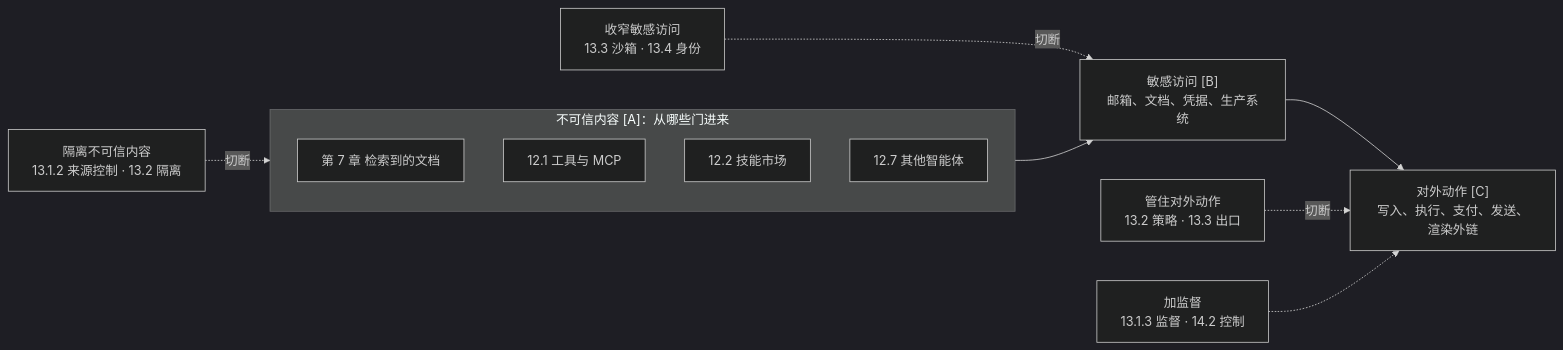
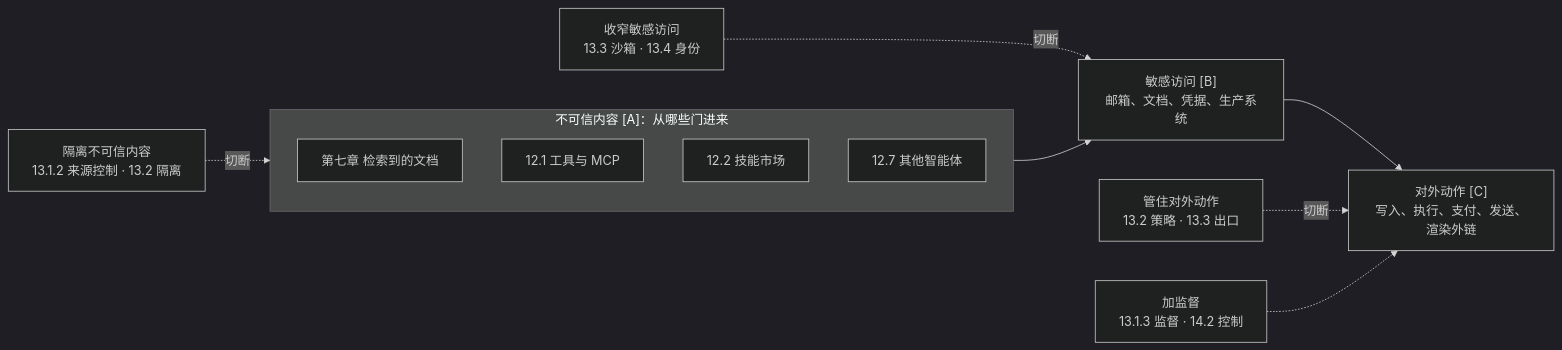
One commit to yeasy/ai_security_guide changed the diagram in 11_agent_foundations/README.md. Above: the diagram before and after it, drawn with Mermaid (dark theme). The commit also changed other lines of this file and 15 other files, not shown here.

````diff
--- a/11_agent_foundations/README.md
+++ b/11_agent_foundations/README.md
@@ -31,15 +31,15 @@
 ```mermaid
 flowchart LR
     subgraph read ["不可信内容 [A]：从哪些门进来"]
-    R1["第 7 章 检索到的文档"]
+    R1["第七章 检索到的文档"]
     R2["12.1 工具与 MCP"]
     R3["12.2 技能市场"]
     R4["12.7 其他智能体"]
     end
     read --> B["敏感访问 [B]<br/>邮箱、文档、凭据、生产系统"]
     B --> C["对外动作 [C]<br/>写入、执行、支付、发送、渲染外链"]
     D1["隔离不可信内容<br/>13.1.2 来源控制 · 13.2 隔离"] -.->|"切断"| read
     D2["收窄敏感访问<br/>13.3 沙箱 · 13.4 身份"] -.->|"切断"| B
     D3["管住对外动作<br/>13.2 策略 · 13.3 出口"] -.->|"切断"| C
     D4["加监督<br/>13.1.3 监督 · 14.2 控制"] -.-> C
 ```
````
